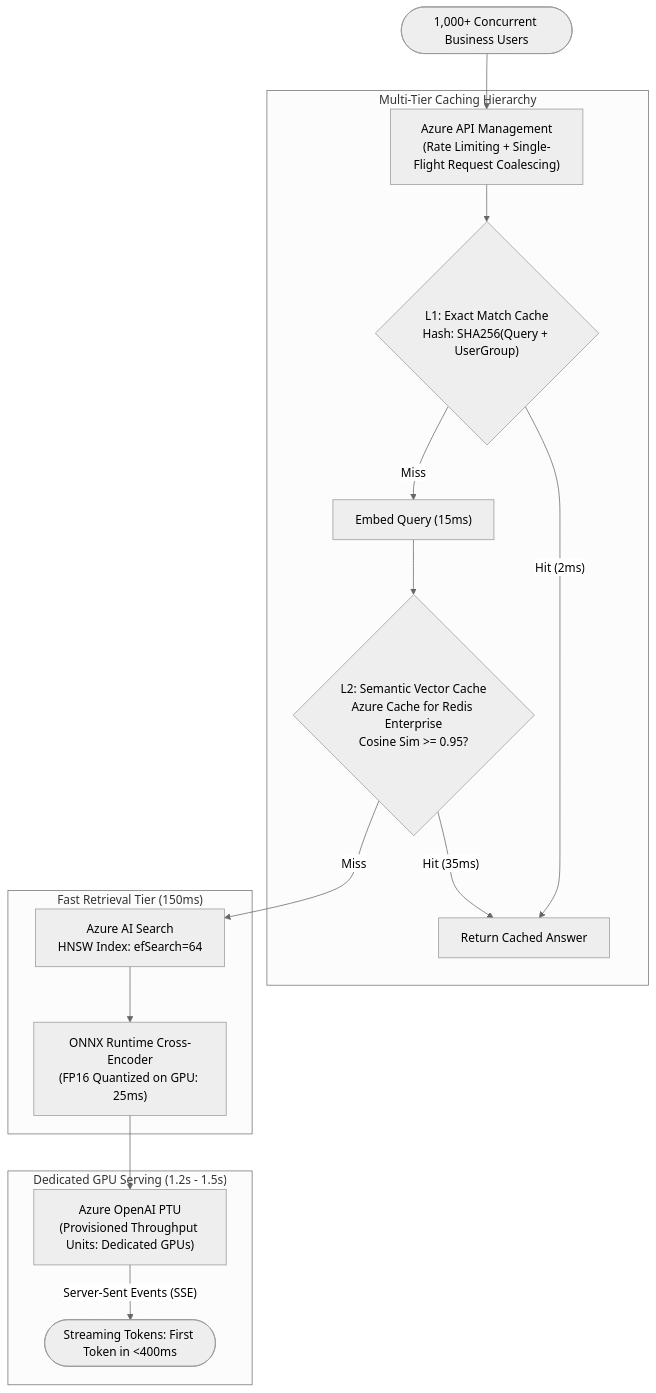
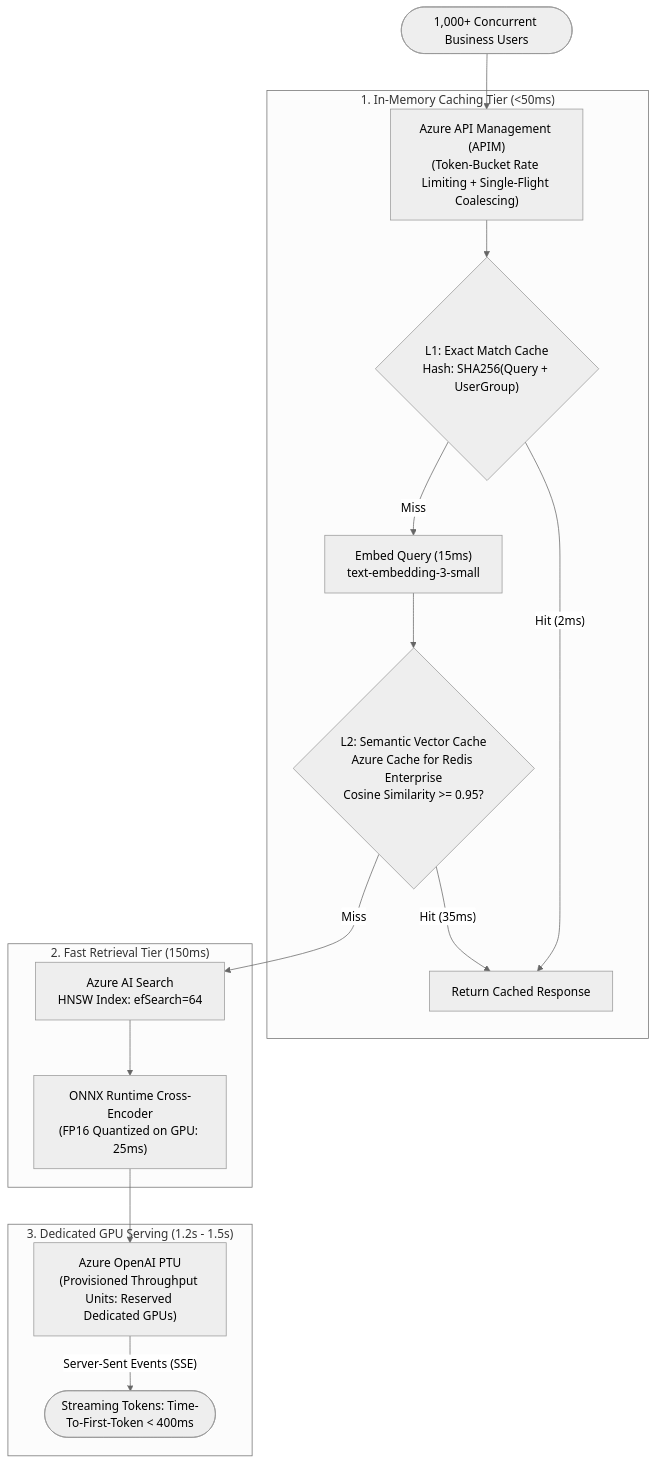
Before and after one commit to rahulkumarjha26/genai-study-materials: the fourth of 10 diagrams in README_V2.md, drawn with Mermaid (neutral theme). The commit also changed other lines of this file, not shown here.

Commit message:
Reboot README_V2.md with Teacher-First Framework, 1:1 Flowchart Alignment, Jargon Decoders, and Zero Repetition

````diff
--- a/README_V2.md
+++ b/README_V2.md
@@ -238,23 +262,23 @@
 ```mermaid
 flowchart TD
-    User(["1,000+ Concurrent Business Users"]) --> APIM["Azure API Management<br/>(Rate Limiting + Single-Flight Request Coalescing)"]
+    User(["1,000+ Concurrent Business Users"]) --> APIM["Azure API Management (APIM)<br/>(Token-Bucket Rate Limiting + Single-Flight Coalescing)"]
     
-    subgraph CACHE_TIER["Multi-Tier Caching Hierarchy"]
+    subgraph CACHE_TIER["1. In-Memory Caching Tier (<50ms)"]
         APIM --> L1{"L1: Exact Match Cache<br/>Hash: SHA256(Query + UserGroup)"}
-        L1 -- "Hit (2ms)" --> CachedAnswer["Return Cached Answer"]
+        L1 -- "Hit (2ms)" --> ReturnFast["Return Cached Response"]
         
-        L1 -- "Miss" --> Embed["Embed Query (15ms)"]
-        Embed --> L2{"L2: Semantic Vector Cache<br/>Azure Cache for Redis Enterprise<br/>Cosine Sim >= 0.95?"}
-        L2 -- "Hit (35ms)" --> CachedAnswer
+        L1 -- "Miss" --> Embed["Embed Query (15ms)<br/>text-embedding-3-small"]
+        Embed --> L2{"L2: Semantic Vector Cache<br/>Azure Cache for Redis Enterprise<br/>Cosine Similarity >= 0.95?"}
+        L2 -- "Hit (35ms)" --> ReturnFast
     end
 
-    subgraph RETRIEVAL_TIER["Fast Retrieval Tier (150ms)"]
+    subgraph RETRIEVAL_TIER["2. Fast Retrieval Tier (150ms)"]
         L2 -- "Miss" --> Search["Azure AI Search<br/>HNSW Index: efSearch=64"]
         Search --> Rerank["ONNX Runtime Cross-Encoder<br/>(FP16 Quantized on GPU: 25ms)"]
     end
 
-    subgraph SERVING_TIER["Dedicated GPU Serving (1.2s - 1.5s)"]
-        Rerank --> PTU["Azure OpenAI PTU<br/>(Provisioned Throughput Units: Dedicated GPUs)"]
-        PTU -- "Server-Sent Events (SSE)" --> StreamOutput(["Streaming Tokens: First Token in <400ms"])
+    subgraph SERVING_TIER["3. Dedicated GPU Serving (1.2s - 1.5s)"]
+        Rerank --> PTU["Azure OpenAI PTU<br/>(Provisioned Throughput Units: Reserved Dedicated GPUs)"]
+        PTU -- "Server-Sent Events (SSE)" --> StreamOutput(["Streaming Tokens: Time-To-First-Token < 400ms"])
     end
 ```
````
